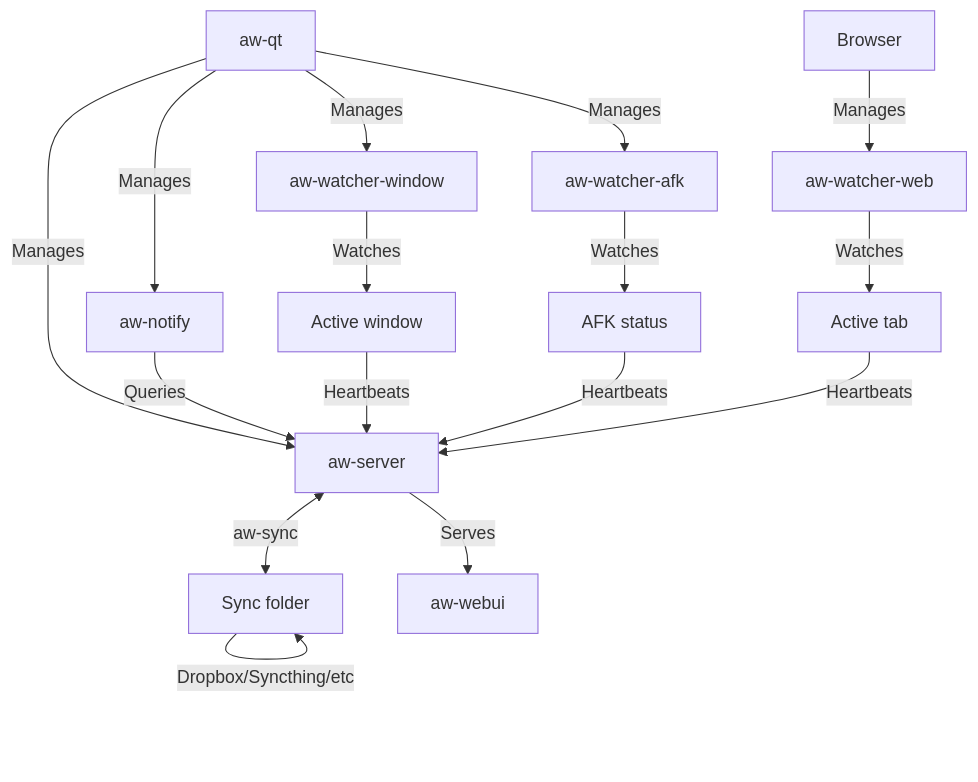
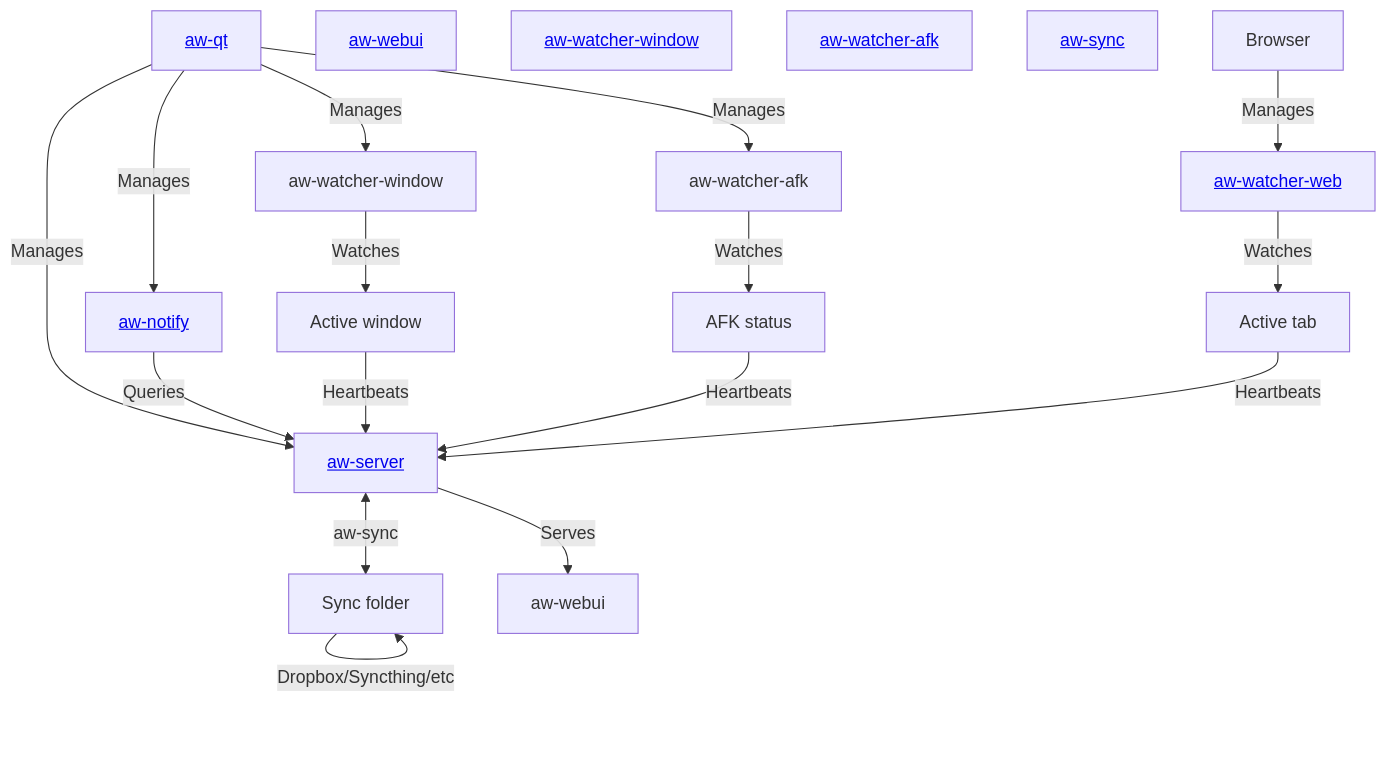
One commit to ActivityWatch/activitywatch changed the diagram in README.md. Above: the diagram before and after it, drawn with Mermaid.

Commit message:
docs: added links to the mermaid architecture diagram

````diff
--- a/README.md
+++ b/README.md
@@ -184,27 +184,36 @@
 ```mermaid
 graph TD;
-   aw-qt -- Manages --> S;
-   aw-qt -- Manages --> aw-notify -- Queries --> S;
-   aw-qt -- Manages --> W1[aw-watcher-window] -- Watches --> S1[Active window] -- Heartbeats --> S[aw-server];
-   aw-qt -- Manages --> W2[aw-watcher-afk] -- Watches --> S2[AFK status] -- Heartbeats --> S[aw-server];
-   Browser -- Manages --> aw-watcher-web -- Watches --> S3[Active tab] -- Heartbeats --> S;
-   SF -- Dropbox/Syncthing/etc --> SF;
-   S <-- aw-sync --> SF[Sync folder];
-   S -- Serves --> UI[aw-webui];
+  aw-qt[<a href='https://github.com/ActivityWatch/aw-qt'>aw-qt</a>];
+  aw-notify[<a href='https://github.com/ActivityWatch/aw-notify'>aw-notify</a>];
+  aw-server[<a href='https://github.com/ActivityWatch/aw-server'>aw-server</a>];
+  aw-webui[<a href='https://github.com/ActivityWatch/aw-webui'>aw-webui</a>];
+  aw-watcher-window[<a href='https://github.com/ActivityWatch/aw-watcher-window'>aw-watcher-window</a>];
+  aw-watcher-afk[<a href='https://github.com/ActivityWatch/aw-watcher-afk'>aw-watcher-afk</a>];
+  aw-watcher-web[<a href='https://github.com/ActivityWatch/aw-watcher-web'>aw-watcher-web</a>];
+  aw-sync[<a href='https://github.com/ActivityWatch/aw-server-rust/tree/master/aw-sync'>aw-sync</a>];
 
-   %% User -- Interacts --> UI;
-   %% User -- Observes --> aw-notify;
-   %% User -- Interacts --> aw-qt;
+  aw-qt -- Manages --> aw-server;
+  aw-qt -- Manages --> aw-notify -- Queries --> aw-server;
+  aw-qt -- Manages --> W1[aw-watcher-window] -- Watches --> S1[Active window] -- Heartbeats --> aw-server;
+  aw-qt -- Manages --> W2[aw-watcher-afk] -- Watches --> S2[AFK status] -- Heartbeats --> aw-server;
+  Browser -- Manages --> aw-watcher-web -- Watches --> S3[Active tab] -- Heartbeats --> aw-server;
+  SF -- Dropbox/Syncthing/etc --> SF;
+  aw-server <-- aw-sync --> SF[Sync folder];
+  aw-server -- Serves --> UI[aw-webui];
+
+  %% User -- Interacts --> UI;
+  %% User -- Observes --> aw-notify;
+  %% User -- Interacts --> aw-qt;
 
 classDef lightMode fill:#FFFFFF, stroke:#333333, color:#333333;
 classDef darkMode fill:#333333, stroke:#FFFFFF, color:#FFFFFF;
 
 classDef lightModeLinks stroke:#333333;
 classDef darkModeLinks stroke:#FFFFFF;
 
 class A,B,C,D,E,G lightMode;
 class A,B,C,D,E,G darkMode;
 
 %% linkStyle 0 stroke:#FF4136, stroke-width:2px;
 %% linkStyle 1 stroke:#1ABC9C, stroke-width:2px;
 ```
````
